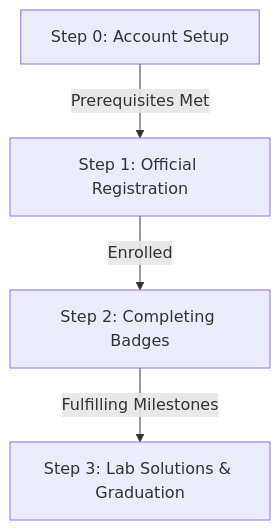
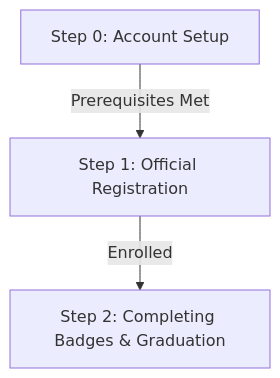
One commit to deepanshu-prajapati01/arcade-facilitator-program-guide changed the diagram in README.md. Above: the diagram before and after it, drawn with Mermaid. The commit also changed other lines of this file and 16 other files, not shown here.

````diff
--- a/README.md
+++ b/README.md
@@ -17,6 +17,5 @@
 ```mermaid
 graph TD
     A[Step 0: Account Setup] -->|Prerequisites Met| B[Step 1: Official Registration]
-    B -->|Enrolled| C[Step 2: Completing Badges]
-    C -->|Fulfilling Milestones| D[Step 3: Lab Solutions & Graduation]
+    B -->|Enrolled| C[Step 2: Completing Badges & Graduation]
 ```
````
